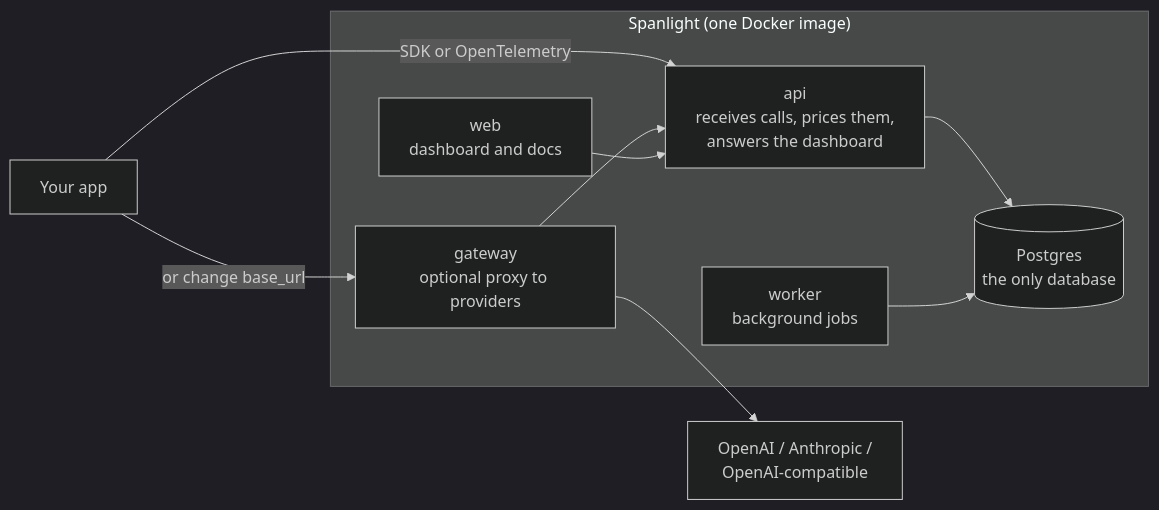
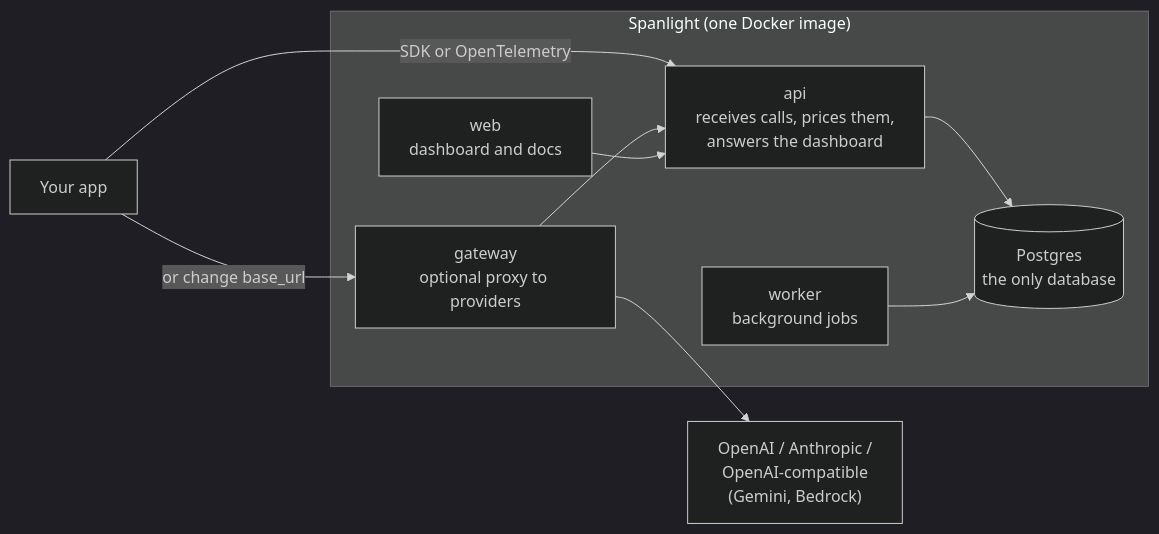
One commit to dheerajkarwasra/spanlight changed the diagram in README.md. Above: the diagram before and after it, drawn with Mermaid (dark theme). The commit also changed other lines of this file and 23 other files, not shown here.

First line of the commit message:
docs: release verification, gRPC via a Collector, Gemini and Bedrock, mixed load test

````diff
--- a/README.md
+++ b/README.md
@@ -118,20 +118,20 @@
 ```mermaid
 flowchart LR
     app["Your app"]
     subgraph spanlight["Spanlight (one Docker image)"]
         web["web<br/>dashboard and docs"]
         api["api<br/>receives calls, prices them,<br/>answers the dashboard"]
         gw["gateway<br/>optional proxy to providers"]
         worker["worker<br/>background jobs"]
         pg[("Postgres<br/>the only database")]
     end
-    llm["OpenAI / Anthropic /<br/>OpenAI-compatible"]
+    llm["OpenAI / Anthropic /<br/>OpenAI-compatible<br/>(Gemini, Bedrock)"]
 
     app -- "SDK or OpenTelemetry" --> api
     app -- "or change base_url" --> gw
     gw --> llm
     gw --> api
     web --> api
     api --> pg
     worker --> pg
 ```
````
